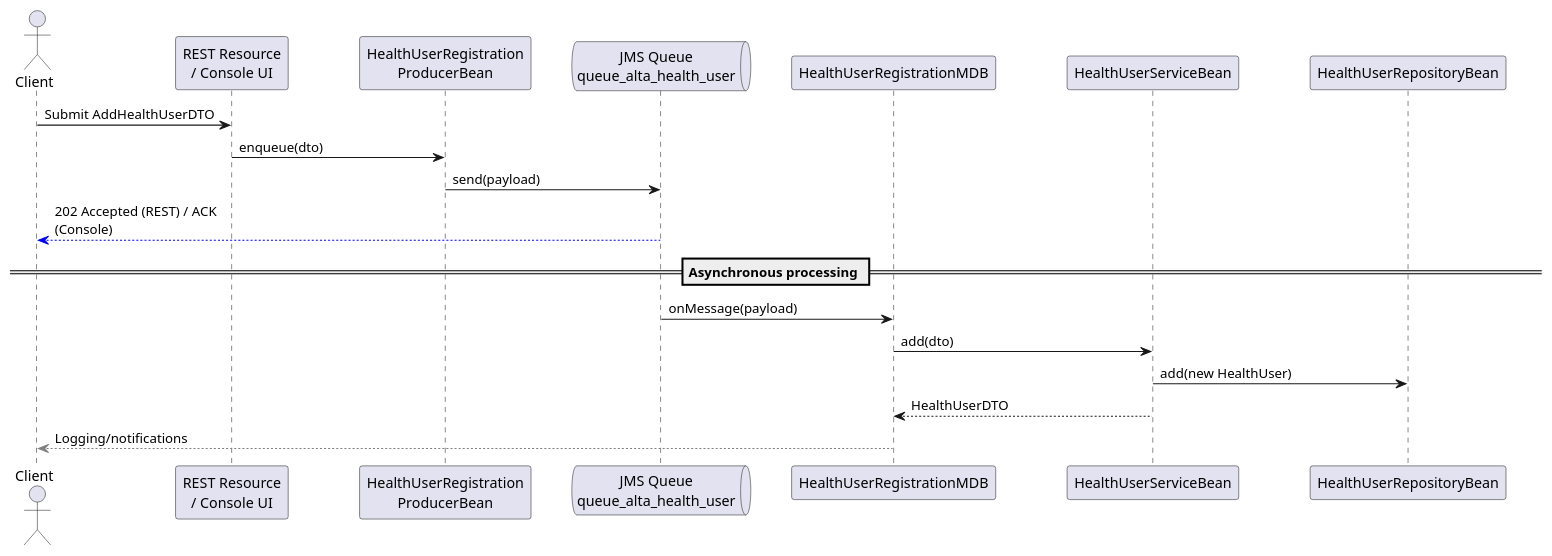
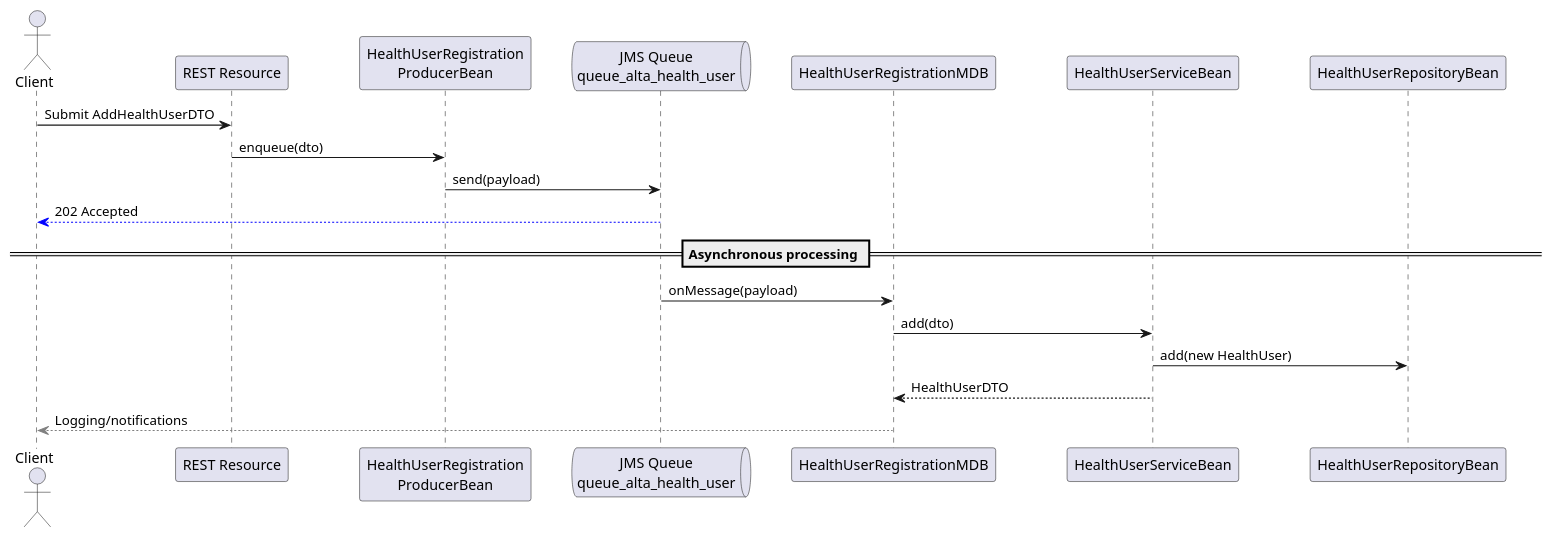
Before and after one commit to JoaquinCampo/HCEN: the diagram in docs/uml/health-user-registration-sequence.puml, drawn with PlantUML. The commit also changed 114 other files, not shown here.

```diff
--- a/docs/uml/health-user-registration-sequence.puml
+++ b/docs/uml/health-user-registration-sequence.puml
@@ -1,26 +1,26 @@
 @startuml HealthUserRegistration
 skinparam ParticipantPadding 30
 skinparam wrapWidth 200
 skinparam maxMessageSize 200
 
 actor Client
-participant "REST Resource\n/ Console UI" as EntryPoint
+participant "REST Resource" as EntryPoint
 participant "HealthUserRegistration\nProducerBean" as Producer
 queue "JMS Queue\nqueue_alta_health_user" as Queue
 participant "HealthUserRegistrationMDB" as Mdb
 participant "HealthUserServiceBean" as Service
 participant "HealthUserRepositoryBean" as UserRepo
 
 Client -> EntryPoint : Submit AddHealthUserDTO
 EntryPoint -> Producer : enqueue(dto)
 Producer -> Queue : send(payload)
-Queue -[#blue,dashed]> Client : 202 Accepted (REST) / ACK (Console)
+Queue -[#blue,dashed]> Client : 202 Accepted
 
 == Asynchronous processing ==
 Queue -> Mdb : onMessage(payload)
 Mdb -> Service : add(dto)
 Service -> UserRepo : add(new HealthUser)
 Service --> Mdb : HealthUserDTO
 Mdb -[#gray,dashed]> Client : Logging/notifications
 
 @enduml
```
